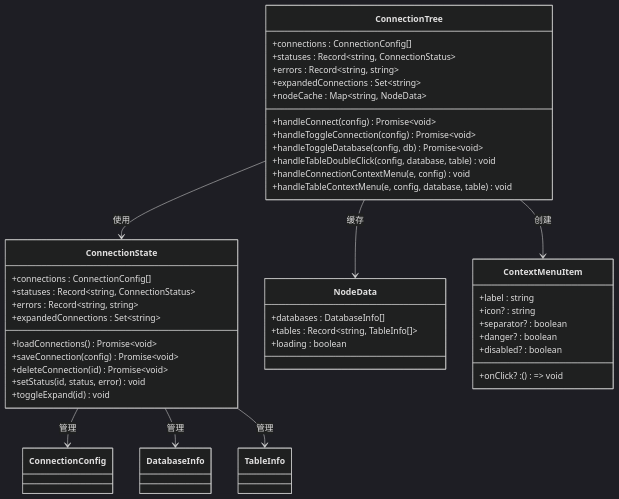
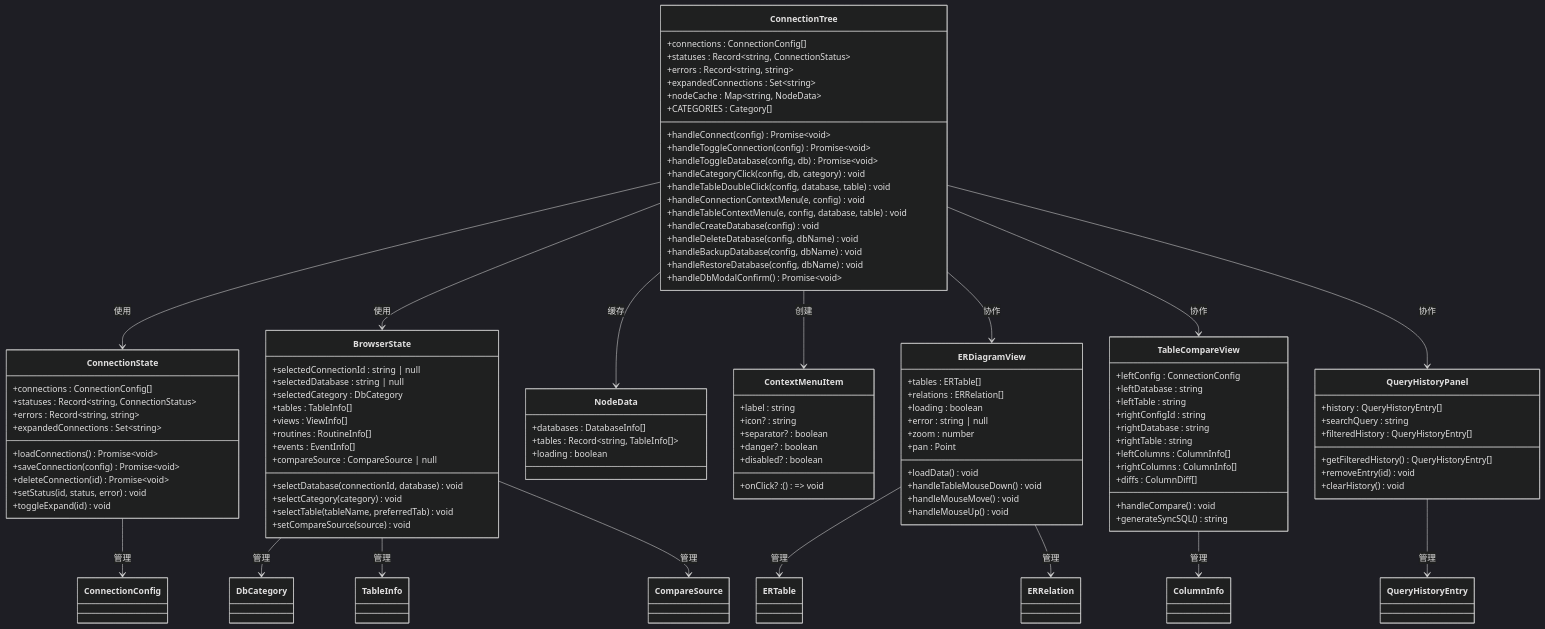
The third of 13 diagrams in .qoder/repowiki/zh/content/前端组件系统/连接树组件.md (wwenbo2048/nexsql), drawn with Mermaid (dark theme) before and after one commit. The commit also changed other lines of this file and 19 other files, not shown here.

````diff
--- a/.qoder/repowiki/zh/content/前端组件系统/连接树组件.md
+++ b/.qoder/repowiki/zh/content/前端组件系统/连接树组件.md
@@ -147,12 +196,19 @@
 +errors : Record~string, string~
 +expandedConnections : Set~string~
 +nodeCache : Map~string, NodeData~
++CATEGORIES : Category[]
 +handleConnect(config) Promise~void~
 +handleToggleConnection(config) Promise~void~
 +handleToggleDatabase(config, db) Promise~void~
++handleCategoryClick(config, db, category) void
 +handleTableDoubleClick(config, database, table) void
 +handleConnectionContextMenu(e, config) void
 +handleTableContextMenu(e, config, database, table) void
++handleCreateDatabase(config) void
++handleDeleteDatabase(config, dbName) void
++handleBackupDatabase(config, dbName) void
++handleRestoreDatabase(config, dbName) void
++handleDbModalConfirm() Promise~void~
 }
 class ConnectionState {
 +connections : ConnectionConfig[]
@@ -164,6 +220,20 @@
 +deleteConnection(id) Promise~void~
 +setStatus(id, status, error) void
 +toggleExpand(id) void
+}
+class BrowserState {
++selectedConnectionId : string | null
++selectedDatabase : string | null
++selectedCategory : DbCategory
++tables : TableInfo[]
++views : ViewInfo[]
++routines : RoutineInfo[]
++events : EventInfo[]
++compareSource : CompareSource | null
++selectDatabase(connectionId, database) void
++selectCategory(category) void
++selectTable(tableName, preferredTab) void
++setCompareSource(source) void
 }
 class NodeData {
 +databases : DatabaseInfo[]
@@ -178,10 +248,52 @@
 +danger? : boolean
 +disabled? : boolean
 }
+class ERDiagramView {
++tables : ERTable[]
++relations : ERRelation[]
++loading : boolean
++error : string | null
++zoom : number
++pan : Point
++loadData() void
++handleTableMouseDown() void
++handleMouseMove() void
++handleMouseUp() void
+}
+class TableCompareView {
++leftConfig : ConnectionConfig
++leftDatabase : string
++leftTable : string
++rightConfigId : string
++rightDatabase : string
++rightTable : string
++leftColumns : ColumnInfo[]
++rightColumns : ColumnInfo[]
++diffs : ColumnDiff[]
++handleCompare() void
++generateSyncSQL() string
+}
+class QueryHistoryPanel {
++history : QueryHistoryEntry[]
++searchQuery : string
++filteredHistory : QueryHistoryEntry[]
++getFilteredHistory() QueryHistoryEntry[]
++removeEntry(id) void
++clearHistory() void
+}
 ConnectionTree --> ConnectionState : 使用
+ConnectionTree --> BrowserState : 使用
 ConnectionTree --> NodeData : 缓存
 ConnectionTree --> ContextMenuItem : 创建
+ConnectionTree --> ERDiagramView : 协作
+ConnectionTree --> TableCompareView : 协作
+ConnectionTree --> QueryHistoryPanel : 协作
 ConnectionState --> ConnectionConfig : 管理
-ConnectionState --> DatabaseInfo : 管理
-ConnectionState --> TableInfo : 管理
+BrowserState --> DbCategory : 管理
+BrowserState --> TableInfo : 管理
+BrowserState --> CompareSource : 管理
+ERDiagramView --> ERTable : 管理
+ERDiagramView --> ERRelation : 管理
+TableCompareView --> ColumnInfo : 管理
+QueryHistoryPanel --> QueryHistoryEntry : 管理
 ```
````
